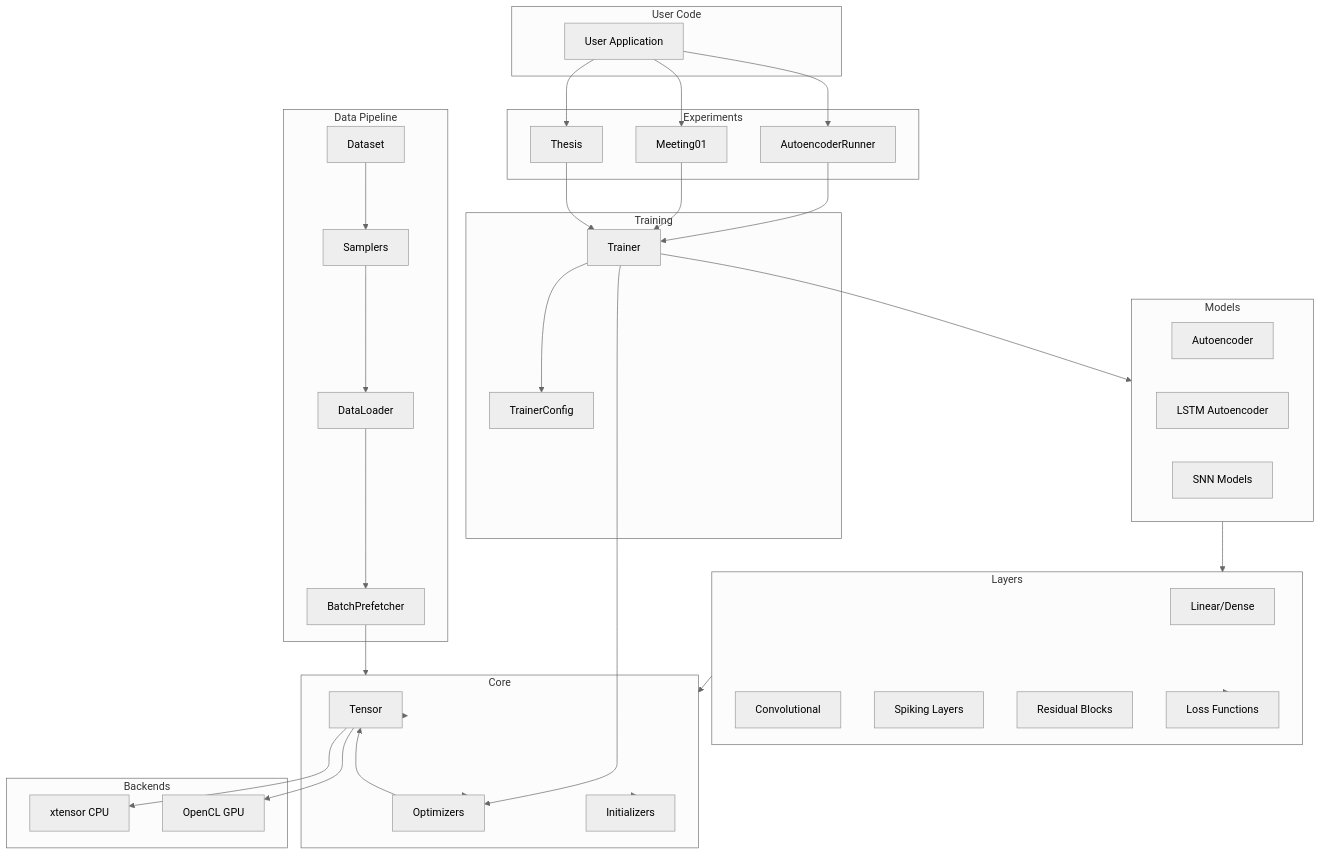
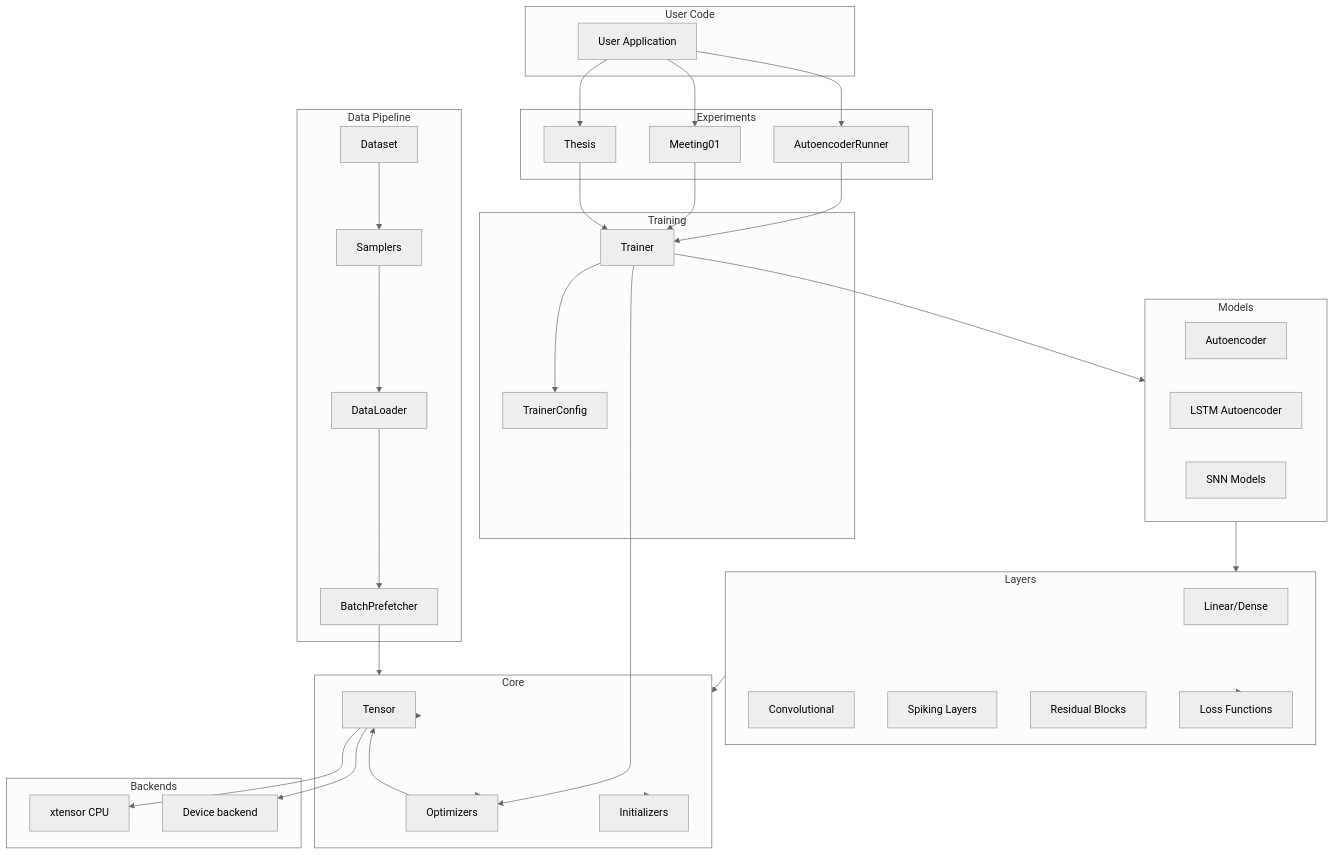
One commit to ensismoebius/doutorado changed the first of 3 diagrams in software/nn/.wiki/Architecture.md. Above: the diagram before and after it, drawn with Mermaid (neutral theme). The commit also changed other lines of this file and 178 other files, not shown here.

````diff
--- a/software/nn/.wiki/Architecture.md
+++ b/software/nn/.wiki/Architecture.md
@@ -17,78 +17,78 @@
 ```mermaid
 flowchart TB
     subgraph "User Code"
         User[User Application]
     end
 
     subgraph "Experiments"
         Exp03[AutoencoderRunner]
         Exp04[Meeting01]
         Exp05[Thesis]
     end
 
     subgraph "Training"
         Trainer[Trainer]
         Config[TrainerConfig]
     end
 
     subgraph "Models"
         AE[Autoencoder]
         LSTM[LSTM Autoencoder]
         SNN[SNN Models]
     end
 
     subgraph "Layers"
         Linear[Linear/Dense]
         Conv[Convolutional]
         Spiking[Spiking Layers]
         Residual[Residual Blocks]
         Loss[Loss Functions]
     end
 
     subgraph "Core"
         Tensor[Tensor]
         Optim[Optimizers]
         Init[Initializers]
     end
 
     subgraph "Data Pipeline"
         Dataset[Dataset]
         Sampler[Samplers]
         Loader[DataLoader]
         Prefetch[BatchPrefetcher]
     end
 
     subgraph "Backends"
         xtensor[xtensor CPU]
-        OpenCL[OpenCL GPU]
+        DeviceBackend[Device backend]
     end
 
     User --> Exp03
     User --> Exp04
     User --> Exp05
 
     Exp03 --> Trainer
     Exp04 --> Trainer
     Exp05 --> Trainer
 
     Trainer --> Config
     Trainer --> Models
     Trainer --> Optim
 
     Models --> Layers
     Layers --> Core
     Layers --> Loss
 
     Core --> Tensor
     Core --> Optim
     Core --> Init
 
     Dataset --> Sampler
     Sampler --> Loader
     Loader --> Prefetch
     Prefetch --> Core
 
     Tensor --> xtensor
-    Tensor --> OpenCL
+    Tensor --> DeviceBackend
     Optim --> Tensor
 ```
````
